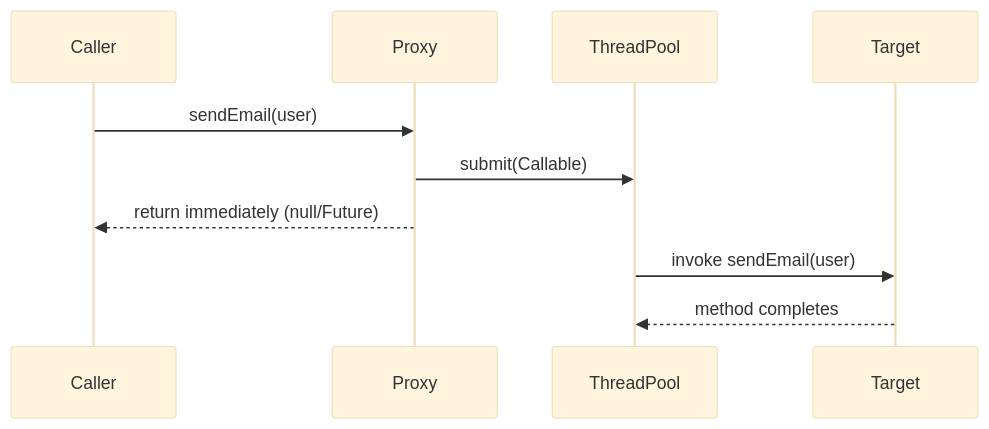
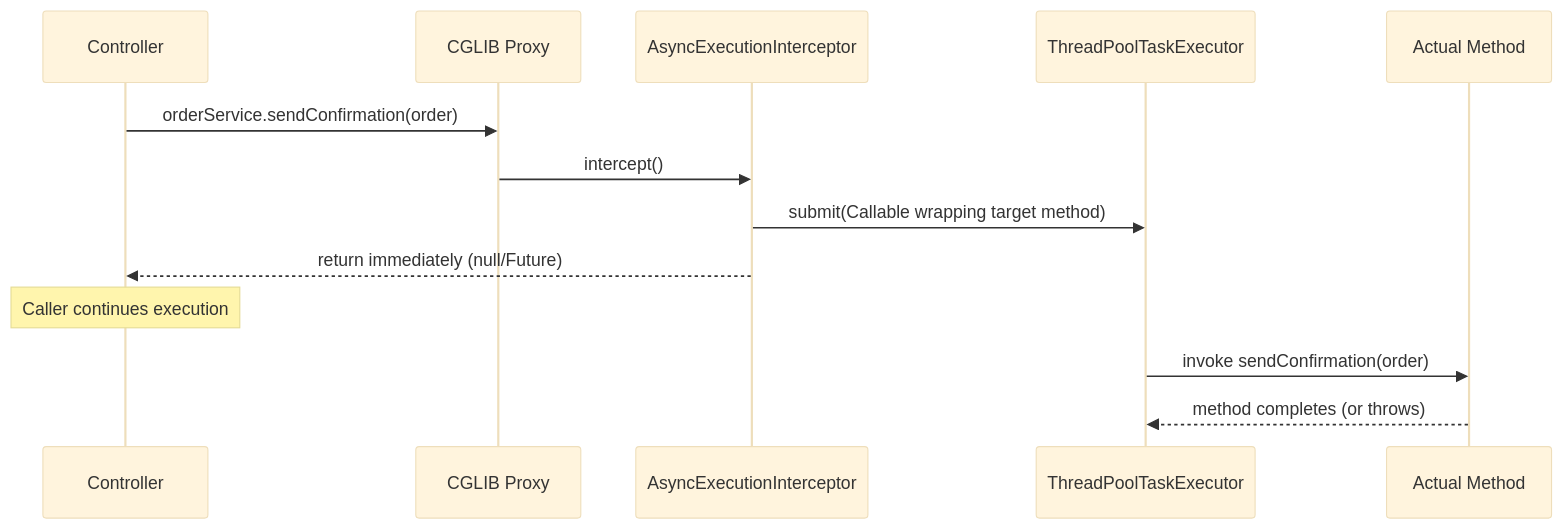
The first of 5 diagrams in docs/springboot/async.md (saivamsikaruturi/vamsilabs-dev-notes-main), drawn with Mermaid (base theme) before and after one commit. The commit also changed other lines of this file and 21 other files, not shown here.

````diff
--- a/docs/springboot/async.md
+++ b/docs/springboot/async.md
@@ -40,13 +33,16 @@
 ```mermaid
 sequenceDiagram
-    participant Caller
-    participant Proxy
-    participant ThreadPool
-    participant Target
+    participant Caller as Controller
+    participant Proxy as CGLIB Proxy
+    participant Interceptor as AsyncExecutionInterceptor
+    participant Pool as ThreadPoolTaskExecutor
+    participant Target as Actual Method
 
-    Caller->>Proxy: sendEmail(user)
-    Proxy->>ThreadPool: submit(Callable)
-    Proxy-->>Caller: return immediately (null/Future)
-    ThreadPool->>Target: invoke sendEmail(user)
-    Target-->>ThreadPool: method completes
+    Caller->>Proxy: orderService.sendConfirmation(order)
+    Proxy->>Interceptor: intercept()
+    Interceptor->>Pool: submit(Callable wrapping target method)
+    Interceptor-->>Caller: return immediately (null/Future)
+    Note over Caller: Caller continues execution
+    Pool->>Target: invoke sendConfirmation(order)
+    Target-->>Pool: method completes (or throws)
 ```
````
